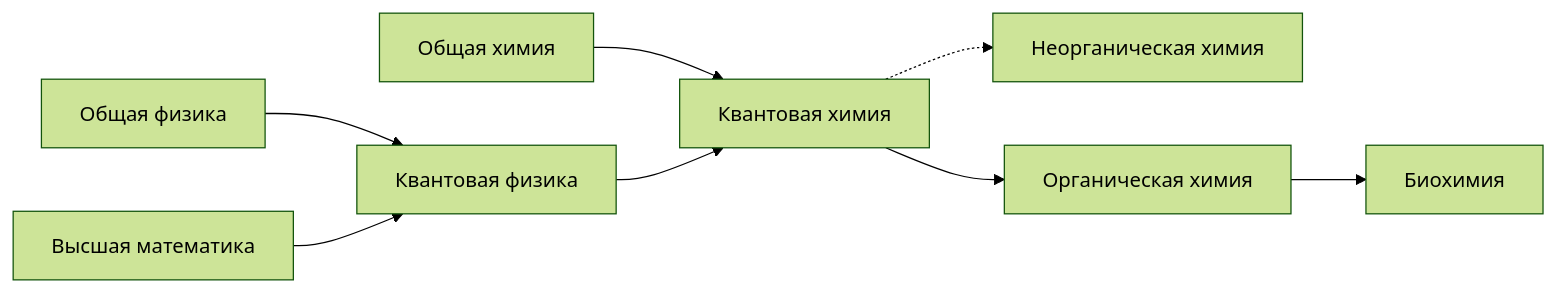
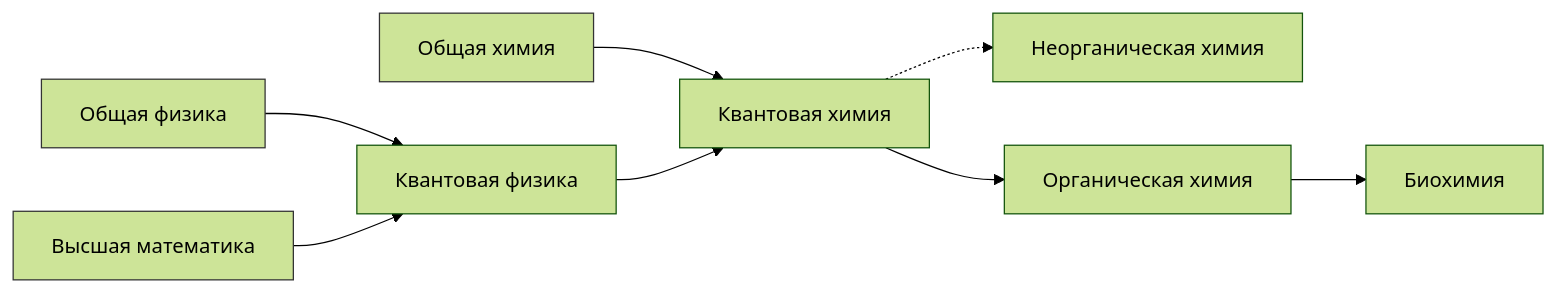
Before and after one commit to prozion/anti-aging-education: the diagram in learning-tracks.md, drawn with Mermaid (forest theme).

````diff
--- a/learning-tracks.md
+++ b/learning-tracks.md
@@ -7,21 +7,21 @@
 ```mermaid
 flowchart LR;
     Mgen[Высшая математика]:::cond;
     Phgen[Общая физика]:::cond;
     Phq[Квантовая физика];
     Chgen[Общая химия]:::cond;
     Chnorg[Неорганическая химия];
     Chorg[Органическая химия];
     Chq[Квантовая химия];
     Bioch[Биохимия];
 
     Chgen --> Chq --> Chorg --> Bioch;
     Chq -.-> Chnorg;
     Phgen --> Phq --> Chq;
     Mgen --> Phq;
 
-    classDef cond stroke:dashed;
+    classDef cond stroke:#333;
 
     click Chorg "https://github.com/prozion/anti-aging-education/#органическая-химия" _blank
     click Chq "https://github.com/prozion/anti-aging-education/#квантовая-химия" _blank
 ```
````
